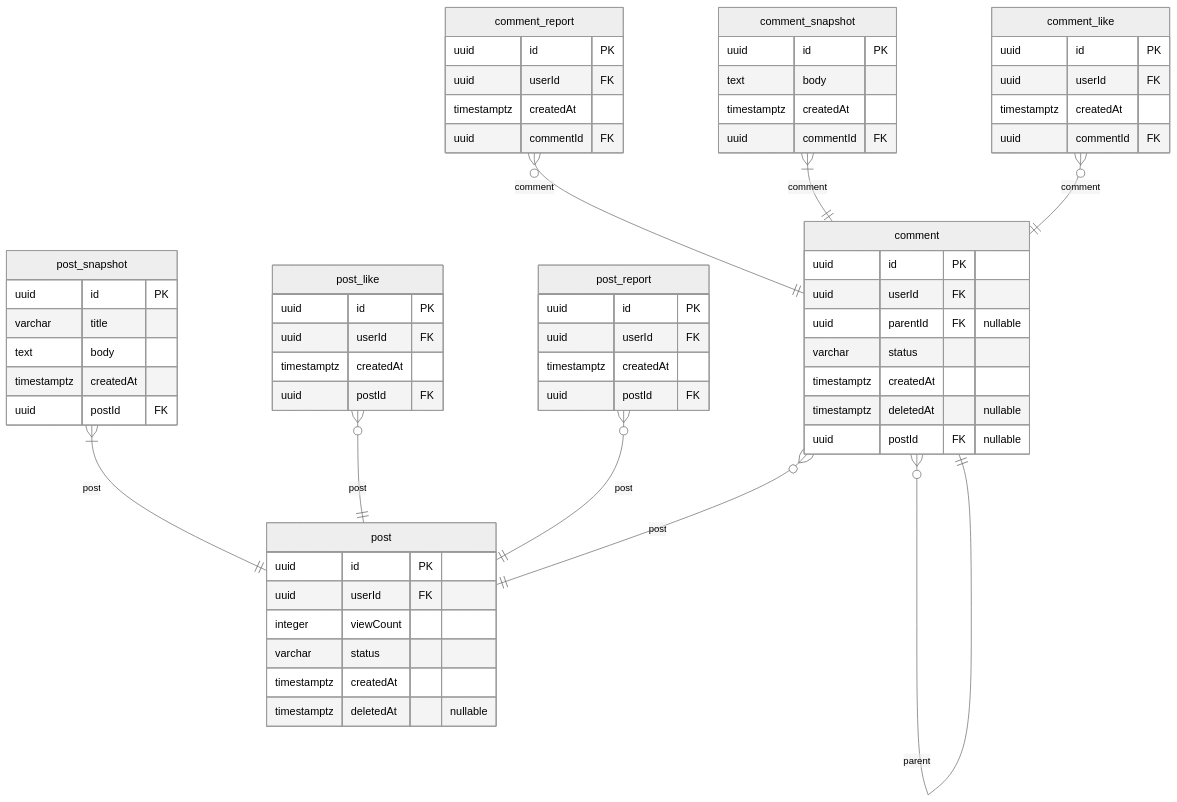
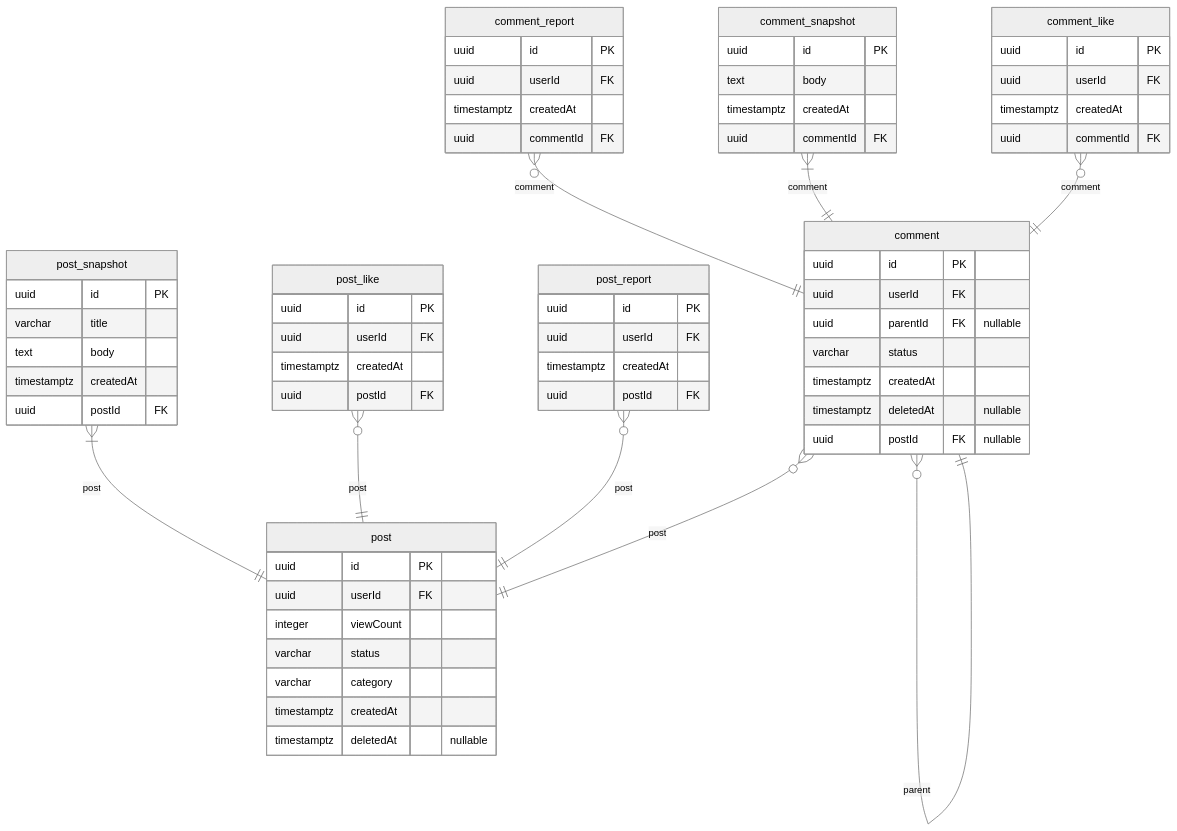
Before and after one commit to NAJUHA-JIUJITSU/najuha-v2-be: the fourth of 4 diagrams in docs/najiha-v2-erd.md, drawn with Mermaid (neutral theme). The commit also changed other lines of this file and 6 other files, not shown here.

````diff
--- a/docs/najiha-v2-erd.md
+++ b/docs/najiha-v2-erd.md
@@ -537,65 +537,66 @@
 ```mermaid
 erDiagram
   post_snapshot {
     uuid id PK
     varchar title
     text body
     timestamptz createdAt
     uuid postId FK
   }
   post_like {
     uuid id PK
     uuid userId FK
     timestamptz createdAt
     uuid postId FK
   }
   post_report {
     uuid id PK
     uuid userId FK
     timestamptz createdAt
     uuid postId FK
   }
   post {
     uuid id PK
     uuid userId FK
     integer viewCount
     varchar status
+    varchar category
     timestamptz createdAt
     timestamptz deletedAt "nullable"
   }
   comment_report {
     uuid id PK
     uuid userId FK
     timestamptz createdAt
     uuid commentId FK
   }
   comment_snapshot {
     uuid id PK
     text body
     timestamptz createdAt
     uuid commentId FK
   }
   comment {
     uuid id PK
     uuid userId FK
     uuid parentId FK "nullable"
     varchar status
     timestamptz createdAt
     timestamptz deletedAt "nullable"
     uuid postId FK "nullable"
   }
   comment_like {
     uuid id PK
     uuid userId FK
     timestamptz createdAt
     uuid commentId FK
   }
   post_snapshot }|--|| post: post
   post_like }o--|| post: post
   post_report }o--|| post: post
   comment_report }o--|| comment: comment
   comment_snapshot }|--|| comment: comment
   comment }o--|| comment: parent
   comment }o--|| post: post
   comment_like }o--|| comment: comment
 ```
````
